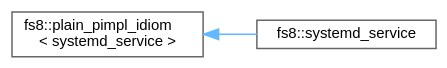
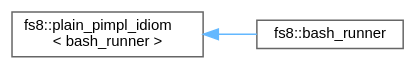
Before and after one commit to the-moisrex/foresight: the diagram in api/inherit_graph_114.dot, drawn with Graphviz. The commit also changed 188 other files, not shown here.

```diff
--- a/api/inherit_graph_114.dot
+++ b/api/inherit_graph_114.dot
@@ -1,11 +1,11 @@
 digraph "Graphical Class Hierarchy"
 {
  // LATEX_PDF_SIZE
   bgcolor="transparent";
   edge [fontname=Helvetica,fontsize=10,labelfontname=Helvetica,labelfontsize=10];
   node [fontname=Helvetica,fontsize=10,shape=box,height=0.2,width=0.4];
   rankdir="LR";
-  Node0 [id="Node000000",label="fs8::plain_pimpl_idiom\l\< systemd_service \>",height=0.2,width=0.4,color="grey40", fillcolor="white", style="filled",URL="$structfs8_1_1plain__pimpl__idiom.html",tooltip=" "];
-  Node0 -> Node1 [id="edge136_Node000000_Node000001",dir="back",color="steelblue1",style="solid",tooltip=" "];
-  Node1 [id="Node000001",label="fs8::systemd_service",height=0.2,width=0.4,color="grey40", fillcolor="white", style="filled",URL="$structfs8_1_1systemd__service.html",tooltip=" "];
+  Node0 [id="Node000000",label="fs8::plain_pimpl_idiom\l\< bash_runner \>",height=0.2,width=0.4,color="grey40", fillcolor="white", style="filled",URL="$structfs8_1_1plain__pimpl__idiom.html",tooltip=" "];
+  Node0 -> Node1 [id="edge132_Node000000_Node000001",dir="back",color="steelblue1",style="solid",tooltip=" "];
+  Node1 [id="Node000001",label="fs8::bash_runner",height=0.2,width=0.4,color="grey40", fillcolor="white", style="filled",URL="$structfs8_1_1bash__runner.html",tooltip=" "];
 }
```
